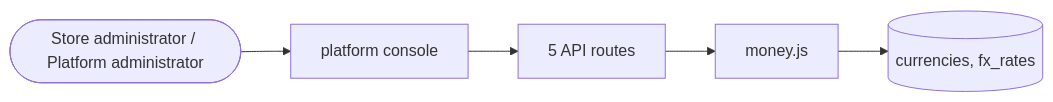
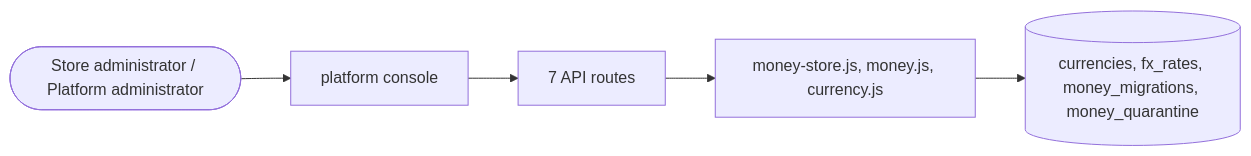
The diagram in docs/domains/currency.md (echelonxventures-Projects/universal-product), drawn with Mermaid before and after one commit. The commit also changed other lines of this file and 49 other files, not shown here.

````diff
--- a/docs/domains/currency.md
+++ b/docs/domains/currency.md
@@ -60,8 +97,8 @@
 ```mermaid
 flowchart LR
   U([Store administrator / Platform administrator]) --> UI[platform console]
-  UI --> API[5 API routes]
-  API --> ENG[money.js]
-  ENG --> DB[(currencies, fx_rates)]
+  UI --> API[7 API routes]
+  API --> ENG[money-store.js, money.js, currency.js]
+  ENG --> DB[(currencies, fx_rates, money_migrations, money_quarantine)]
 
 ```
````
